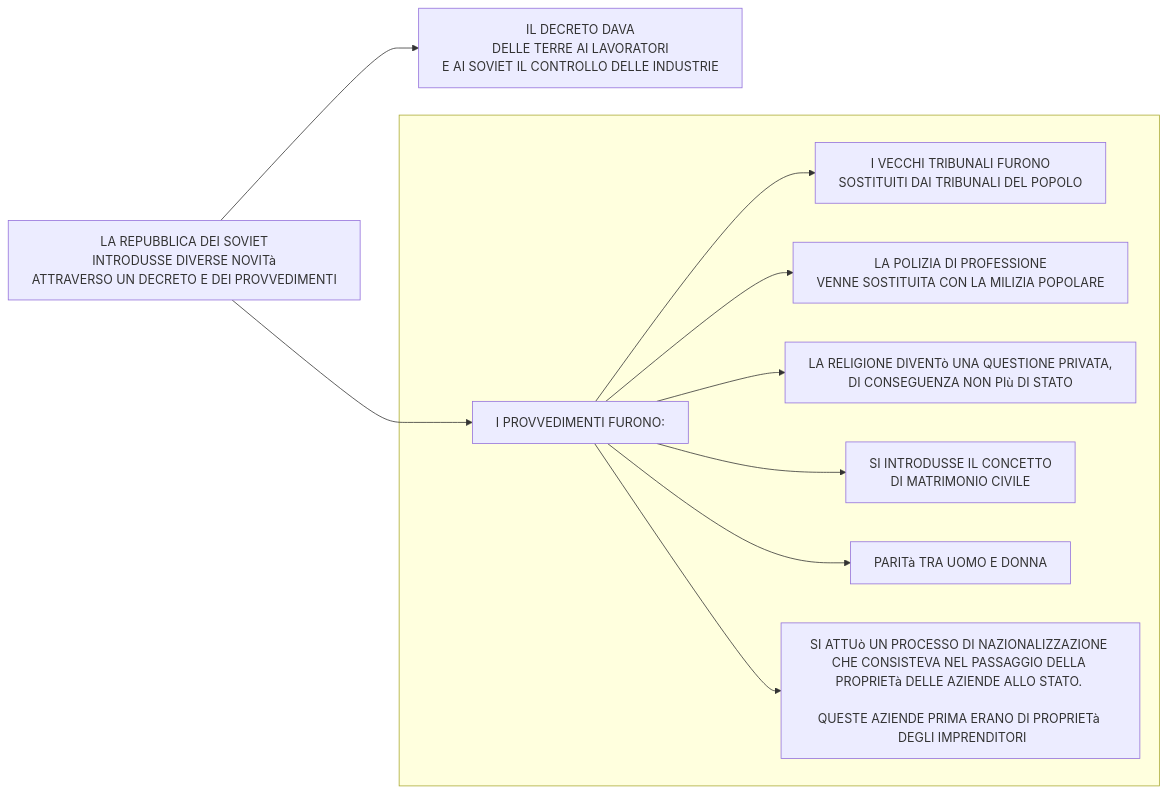
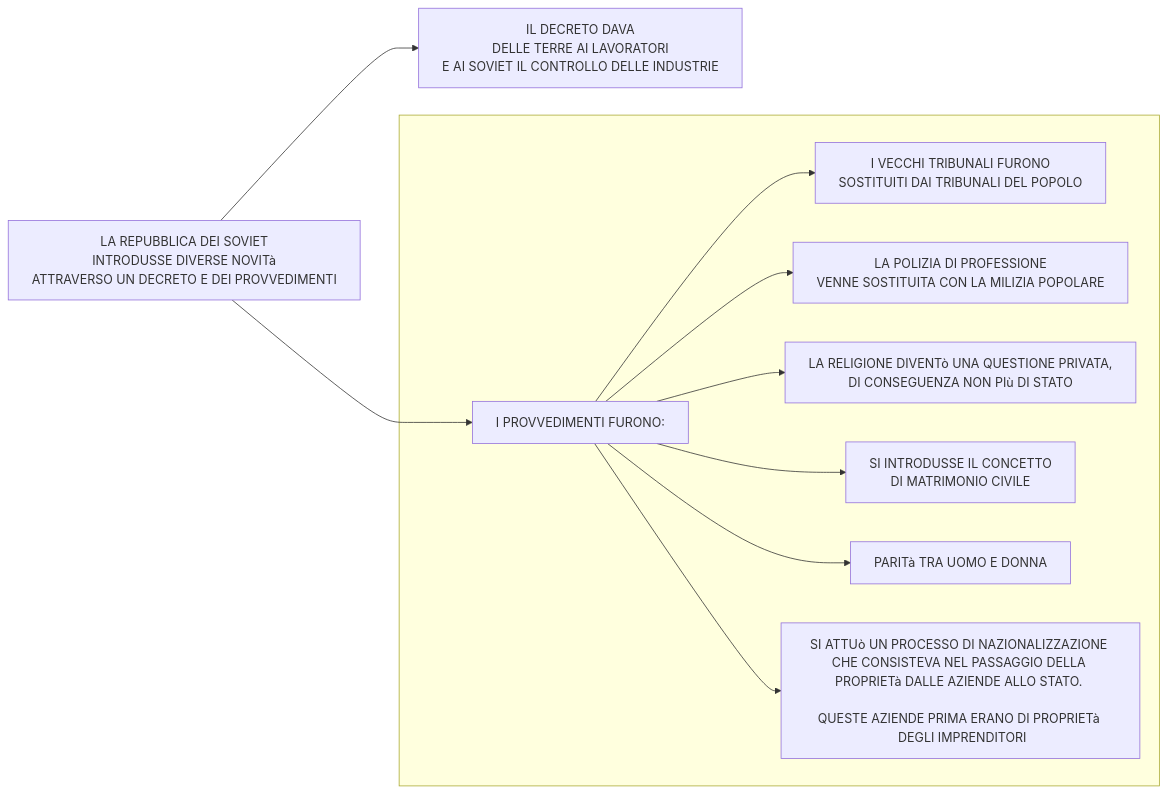
Before and after one commit to Laaouatni/ricerca-storia-MermaidJS: the second of 6 diagrams in stalinismoRiscrittura.md, drawn with Mermaid. The commit also changed other lines of this file, not shown here.

````diff
--- a/stalinismoRiscrittura.md
+++ b/stalinismoRiscrittura.md
@@ -25,17 +25,17 @@
 ```mermaid
 %%{init: { "flowchart": { "wrappingWidth": 400 } }}%%
 flowchart LR
   0[LA REPUBBLICA DEI SOVIET <br> INTRODUSSE DIVERSE NOVITà <br> ATTRAVERSO UN DECRETO E DEI PROVVEDIMENTI]
   1[IL DECRETO DAVA <br>DELLE TERRE AI LAVORATORI <br> E AI SOVIET IL CONTROLLO DELLE INDUSTRIE]
   subgraph 20[" "]
     2[I PROVVEDIMENTI FURONO:]
     30[I VECCHI TRIBUNALI FURONO <br>SOSTITUITI DAI TRIBUNALI DEL POPOLO]
     31[LA POLIZIA DI PROFESSIONE <br>VENNE SOSTITUITA CON LA MILIZIA POPOLARE]
     32[LA RELIGIONE DIVENTò UNA QUESTIONE PRIVATA, <br>DI CONSEGUENZA NON PIù DI STATO]
     33[SI INTRODUSSE IL CONCETTO <br>DI MATRIMONIO CIVILE]
     34[PARITà TRA UOMO E DONNA]
-    35[SI ATTUò UN PROCESSO DI NAZIONALIZZAZIONE <br>CHE CONSISTEVA NEL PASSAGGIO DELLA PROPRIETà DELLE AZIENDE ALLO STATO. <br><br>QUESTE AZIENDE PRIMA ERANO DI PROPRIETà <br> DEGLI IMPRENDITORI]
+    35[SI ATTUò UN PROCESSO DI NAZIONALIZZAZIONE <br>CHE CONSISTEVA NEL PASSAGGIO DELLA PROPRIETà DALLE AZIENDE ALLO STATO. <br><br>QUESTE AZIENDE PRIMA ERANO DI PROPRIETà <br> DEGLI IMPRENDITORI]
     2 --> 30 & 31 & 32 & 33 & 34 & 35
   end
   0 --> 1 & 2
 ```
````
